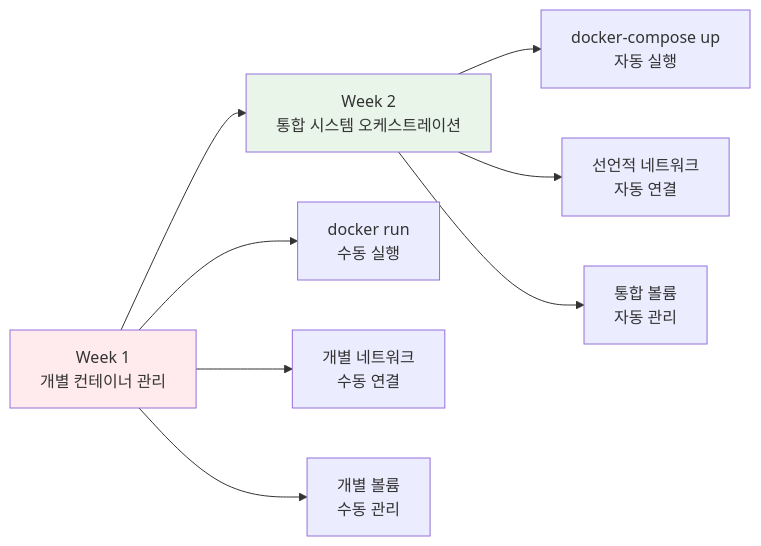
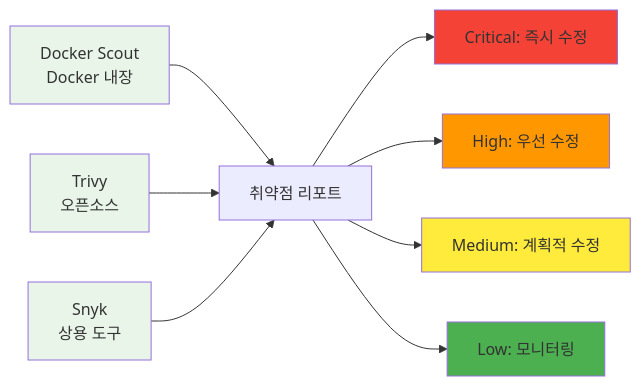
Before and after one commit to niceguy61/kdt_devops_lecture_2025: the second of 2 diagrams in theory/week_02/day1/session_1.md, drawn with Mermaid. The commit also changed other lines of this file and 27 other files, not shown here.

````diff
--- a/theory/week_02/day1/session_1.md
+++ b/theory/week_02/day1/session_1.md
@@ -36,15 +72,19 @@
 ```mermaid
 graph LR
-    A[Week 1<br/>개별 컨테이너 관리] --> B[Week 2<br/>통합 시스템 오케스트레이션]
+    A[Docker Scout<br/>Docker 내장] --> D[취약점 리포트]
+    B[Trivy<br/>오픈소스] --> D
+    C[Snyk<br/>상용 도구] --> D
     
-    A --> A1[docker run<br/>수동 실행]
-    A --> A2[개별 네트워크<br/>수동 연결]
-    A --> A3[개별 볼륨<br/>수동 관리]
+    D --> E[Critical: 즉시 수정]
+    D --> F[High: 우선 수정]
+    D --> G[Medium: 계획적 수정]
+    D --> H[Low: 모니터링]
     
-    B --> B1[docker-compose up<br/>자동 실행]
-    B --> B2[선언적 네트워크<br/>자동 연결]
-    B --> B3[통합 볼륨<br/>자동 관리]
-    
-    style A fill:#ffebee
+    style A fill:#e8f5e8
     style B fill:#e8f5e8
+    style C fill:#e8f5e8
+    style E fill:#f44336
+    style F fill:#ff9800
+    style G fill:#ffeb3b
+    style H fill:#4caf50
 ```
````
